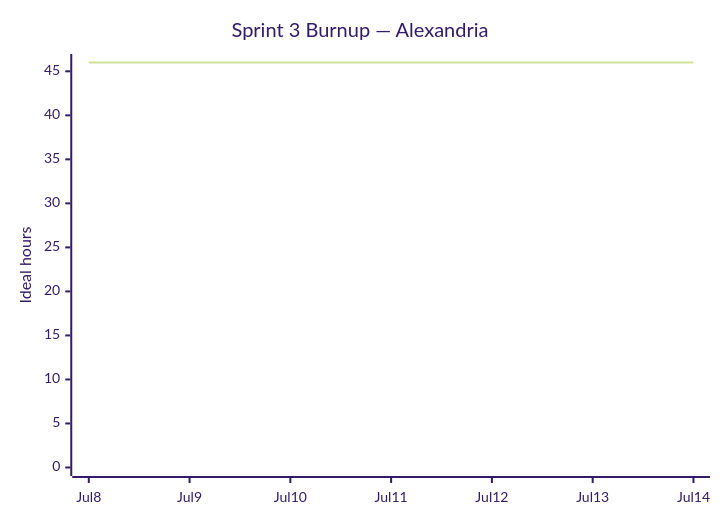
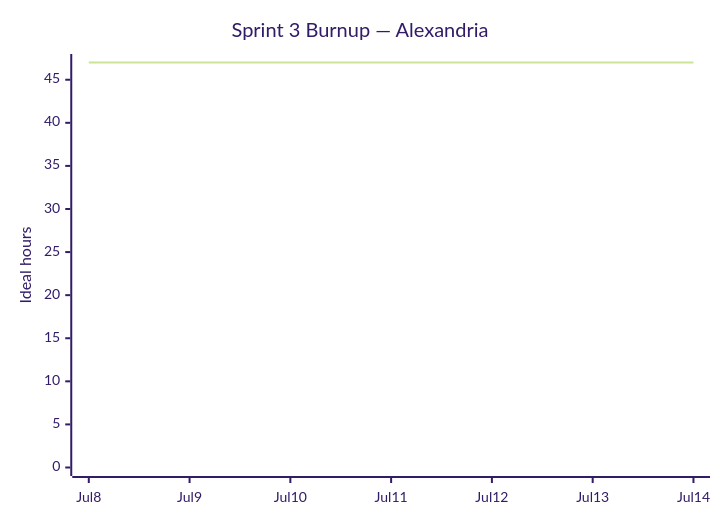
One commit to ucsc-cse115a-alexandria/alexandria changed the diagram in docs/sprint-3-plan.md. Above: the diagram before and after it, drawn with Mermaid (forest theme). The commit also changed other lines of this file and 6 other files, not shown here.

````diff
--- a/docs/sprint-3-plan.md
+++ b/docs/sprint-3-plan.md
@@ -176,8 +196,8 @@
 ```mermaid
 xychart-beta
     title "Sprint 3 Burnup — Alexandria"
     x-axis [Jul8, Jul9, Jul10, Jul11, Jul12, Jul13, Jul14]
-    y-axis "Ideal hours" 0 --> 46
-    line [46, 46, 46, 46, 46, 46, 46]
+    y-axis "Ideal hours" 0 --> 47
+    line [47, 47, 47, 47, 47, 47, 47]
     line [0]
 ```
````
